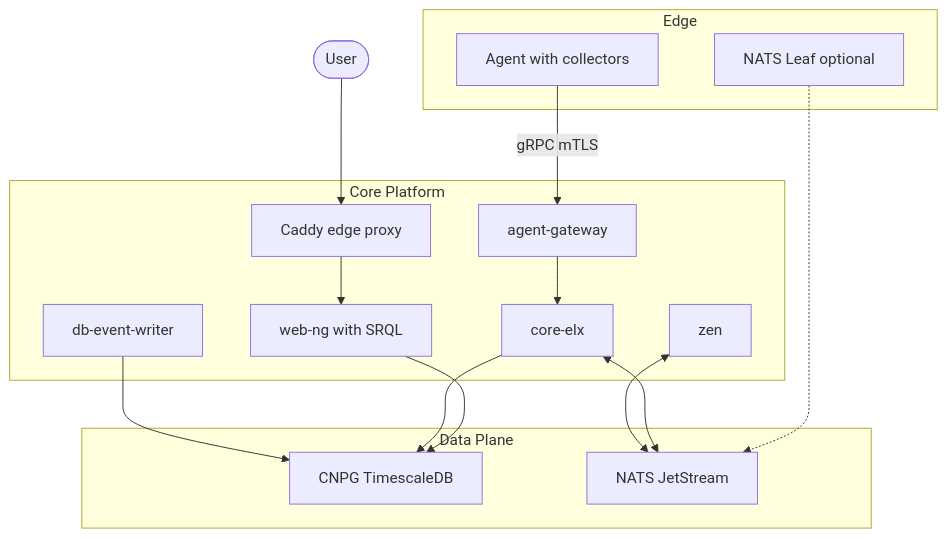
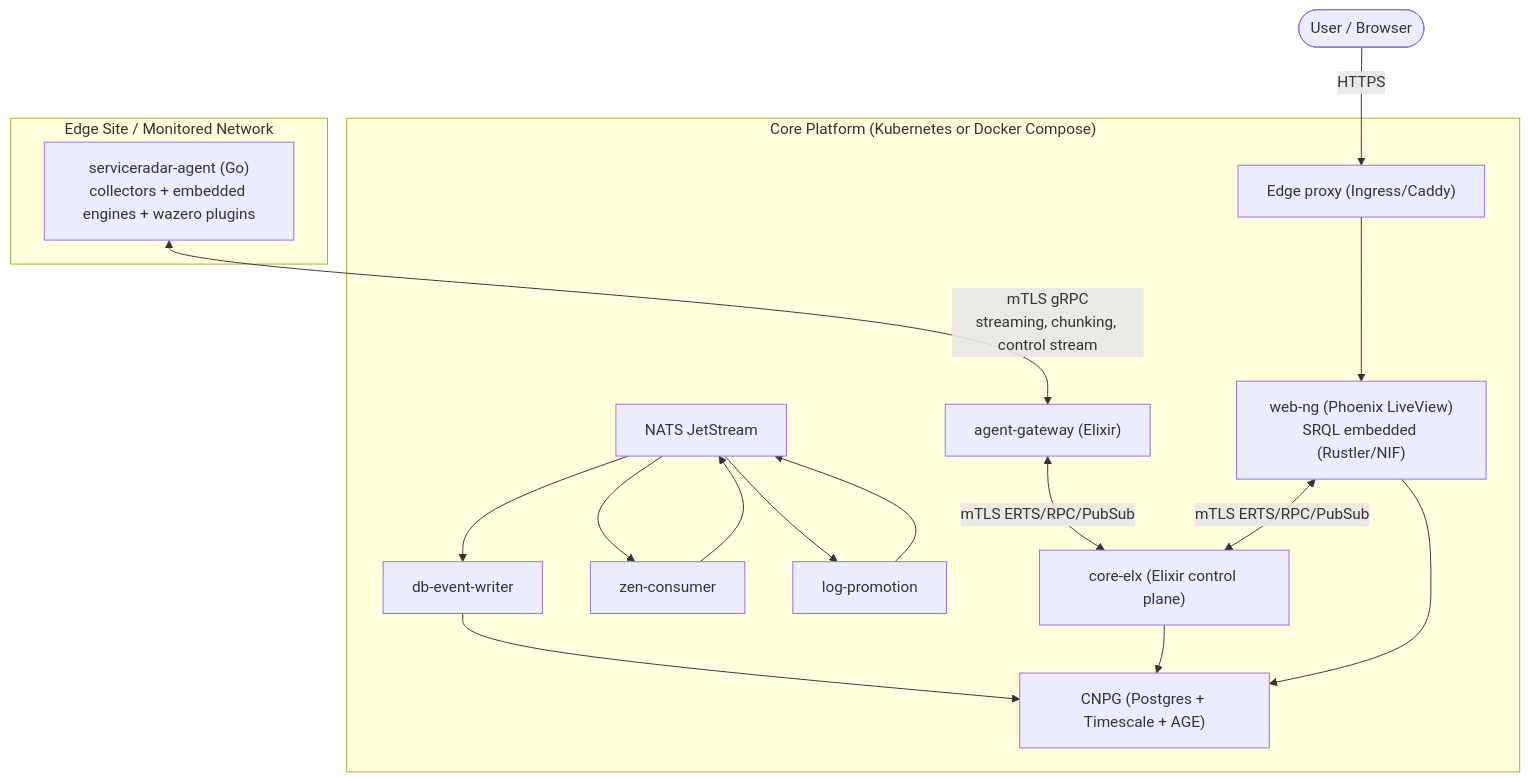
Before and after one commit to carverauto/serviceradar: the diagram in docs/docs/architecture.md, drawn with Mermaid. The commit also changed other lines of this file and 7881 other files, not shown here.

````diff
--- a/docs/docs/architecture.md
+++ b/docs/docs/architecture.md
@@ -12,31 +14,36 @@
 ```mermaid
 flowchart TB
-    subgraph Edge["Edge"]
-        Agent["Agent with collectors"]
-        Leaf["NATS Leaf optional"]
-    end
+  User([User / Browser])
 
-    subgraph Core["Core Platform"]
-        Caddy["Caddy edge proxy"]
-        Web["web-ng with SRQL"]
-        Gateway["agent-gateway"]
-        CoreElx["core-elx"]
-        Zen["zen"]
-        DBWriter["db-event-writer"]
-    end
+  subgraph Core["Core Platform (Kubernetes or Docker Compose)"]
+    Ingress["Edge proxy (Ingress/Caddy)"]
+    Web["web-ng (Phoenix LiveView)<br/>SRQL embedded (Rustler/NIF)"]
+    CoreElx["core-elx (Elixir control plane)"]
+    GW["agent-gateway (Elixir)"]
 
-    subgraph Data["Data Plane"]
-        CNPG["CNPG TimescaleDB"]
-        NATS["NATS JetStream"]
-    end
+    NATS["NATS JetStream"]
+    Zen["zen-consumer"]
+    Promote["log-promotion"]
+    Writer["db-event-writer"]
 
-    User([User]) --> Caddy --> Web
-    Agent -->|gRPC mTLS| Gateway --> CoreElx
-    Leaf -.-> NATS
+    DB["CNPG (Postgres + Timescale + AGE)"]
+  end
 
-    Web --> CNPG
-    CoreElx --> CNPG
-    DBWriter --> CNPG
-    CoreElx <--> NATS
-    Zen <--> NATS
+  subgraph Edge["Edge Site / Monitored Network"]
+    Agent["serviceradar-agent (Go)<br/>collectors + embedded engines + wazero plugins"]
+  end
+
+  User -->|HTTPS| Ingress --> Web
+
+  Agent <-->|mTLS gRPC<br/>streaming, chunking, control stream| GW
+  GW <-->|mTLS ERTS/RPC/PubSub| CoreElx
+  Web <-->|mTLS ERTS/RPC/PubSub| CoreElx
+
+  %% Bulk ingestion
+  NATS --> Zen --> NATS
+  NATS --> Promote --> NATS
+  NATS --> Writer --> DB
+
+  CoreElx --> DB
+  Web --> DB
 ```
````
